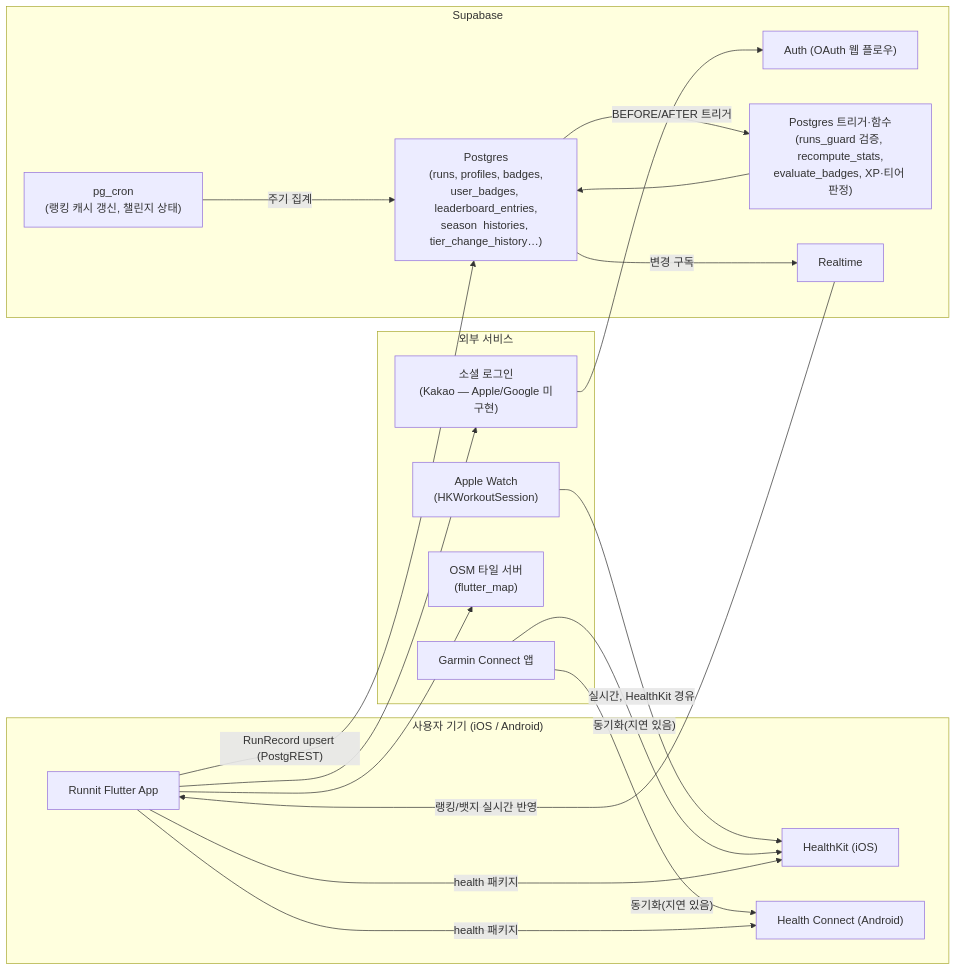
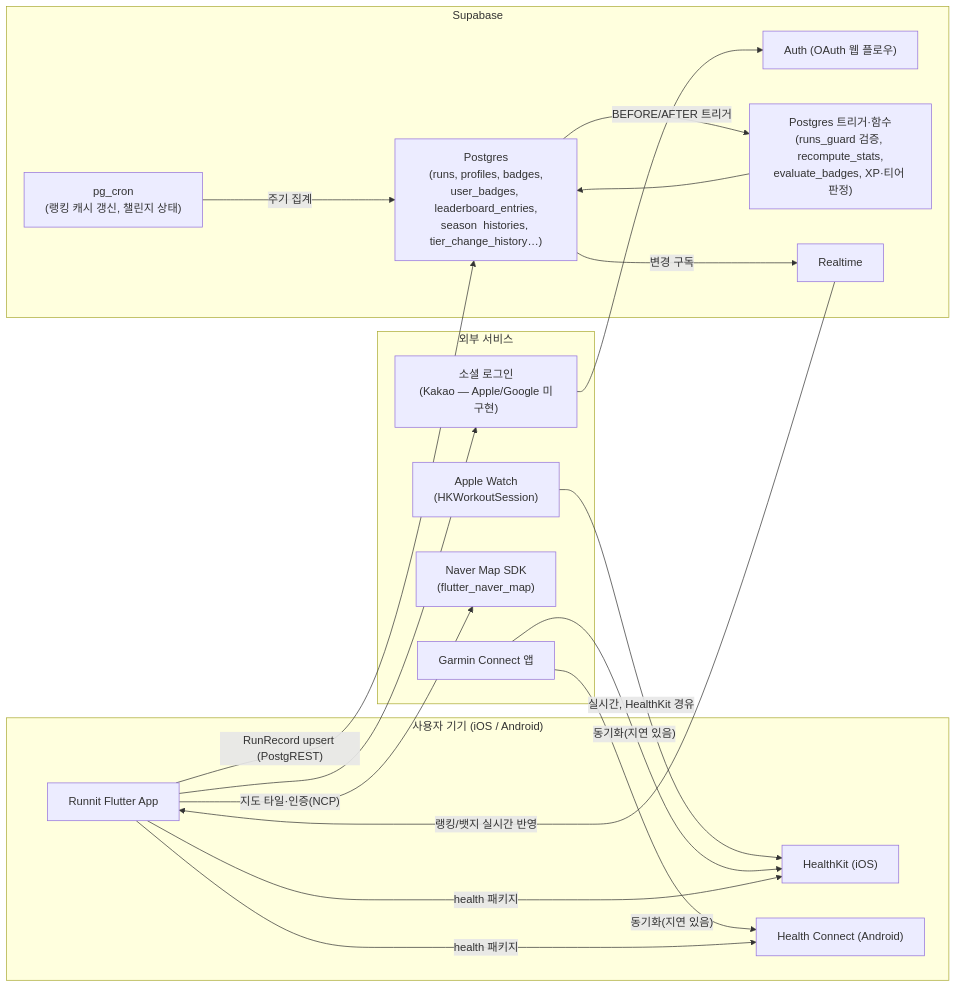
The first of 7 diagrams in docs/ARCHITECTURE.md (j-hyunn/Runnit), drawn with Mermaid before and after one commit. The commit also changed other lines of this file and 21 other files, not shown here.

First line of the commit message:
feat(map): 지도 SDK를 flutter_map(OSM) → flutter_naver_map으로 교체

````diff
--- a/docs/ARCHITECTURE.md
+++ b/docs/ARCHITECTURE.md
@@ -43,39 +44,39 @@
 ```mermaid
 flowchart LR
     subgraph Device["사용자 기기 (iOS / Android)"]
         App["Runnit Flutter App"]
         HK["HealthKit (iOS)"]
         HC["Health Connect (Android)"]
     end
 
     subgraph External["외부 서비스"]
         Watch["Apple Watch\n(HKWorkoutSession)"]
         GarminApp["Garmin Connect 앱"]
-        OSM["OSM 타일 서버\n(flutter_map)"]
+        Naver["Naver Map SDK\n(flutter_naver_map)"]
         Social["소셜 로그인\n(Kakao — Apple/Google 미구현)"]
     end
 
     subgraph Backend["Supabase"]
         Auth["Auth (OAuth 웹 플로우)"]
         PG["Postgres\n(runs, profiles, badges,\nuser_badges, leaderboard_entries,\nseason_histories, tier_change_history…)"]
         TRG["Postgres 트리거·함수\n(runs_guard 검증, recompute_stats,\nevaluate_badges, XP·티어 판정)"]
         RT["Realtime"]
         Cron["pg_cron\n(랭킹 캐시 갱신, 챌린지 상태)"]
     end
 
     Watch -->|"실시간, HealthKit 경유"| HK
     GarminApp -->|"동기화(지연 있음)"| HK
     GarminApp -->|"동기화(지연 있음)"| HC
     App -->|"health 패키지"| HK
     App -->|"health 패키지"| HC
-    App --> OSM
+    App -->|"지도 타일·인증(NCP)"| Naver
     App --> Social
     Social --> Auth
 
     App -->|"RunRecord upsert (PostgREST)"| PG
     PG -->|"BEFORE/AFTER 트리거"| TRG
     TRG --> PG
     Cron -->|"주기 집계"| PG
     PG -->|"변경 구독"| RT
     RT -->|"랭킹/뱃지 실시간 반영"| App
 ```
````
